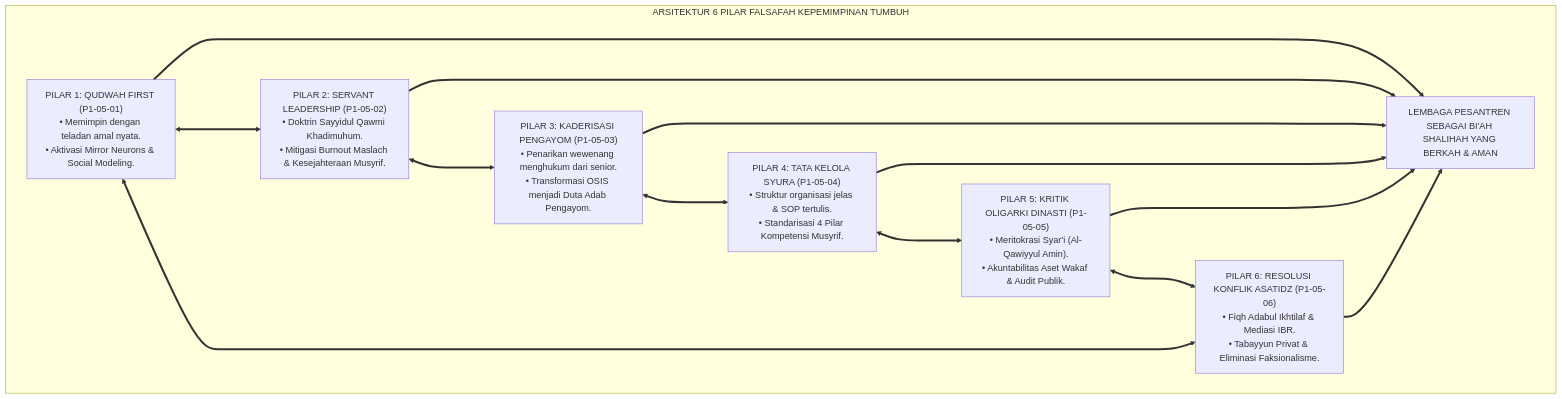
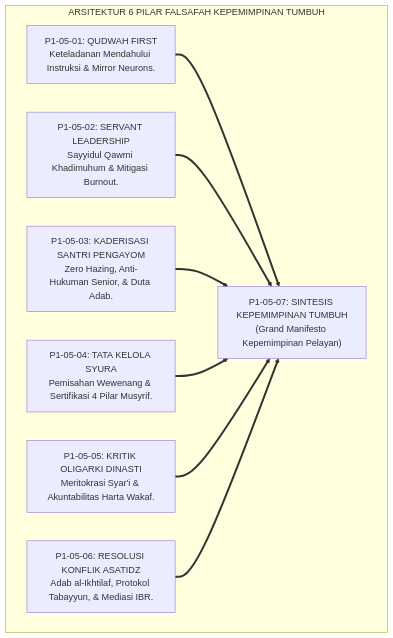
The first of 4 diagrams in 01 Philosophy/05 Leadership/P1-05-07-Sintesis-Leadership-TUMBUH.md (wandiapriliyandi/tumbuh), drawn with Mermaid before and after one commit. The commit also changed other lines of this file and 7 other files, not shown here.

````diff
--- a/01 Philosophy/05 Leadership/P1-05-07-Sintesis-Leadership-TUMBUH.md
+++ b/01 Philosophy/05 Leadership/P1-05-07-Sintesis-Leadership-TUMBUH.md
@@ -54,27 +55,15 @@
 ```mermaid
 flowchart TD
-    subgraph ArsitekturKepemimpinanTUMBUH["ARSITEKTUR 6 PILAR FALSAFAH KEPEMIMPINAN TUMBUH"]
-        P1["PILAR 1: QUDWAH FIRST (P1-05-01)<br/>• Memimpin dengan teladan amal nyata.<br/>• Aktivasi Mirror Neurons & Social Modeling."]
+    subgraph ArsitekturSintesisLeadership["ARSITEKTUR 6 PILAR FALSAFAH KEPEMIMPINAN TUMBUH"]
+        P1["P1-05-01: QUDWAH FIRST<br/>Keteladanan Mendahului Instruksi & Mirror Neurons."]
+        P2["P1-05-02: SERVANT LEADERSHIP<br/>Sayyidul Qawmi Khadimuhum & Mitigasi Burnout."]
+        P3["P1-05-03: KADERISASI SANTRI PENGAYOM<br/>Zero Hazing, Anti-Hukuman Senior, & Duta Adab."]
+        P4["P1-05-04: TATA KELOLA SYURA<br/>Pemisahan Wewenang & Sertifikasi 4 Pilar Musyrif."]
+        P5["P1-05-05: KRITIK OLIGARKI DINASTI<br/>Meritokrasi Syar'i & Akuntabilitas Harta Wakaf."]
+        P6["P1-05-06: RESOLUSI KONFLIK ASATIDZ<br/>Adab al-Ikhtilaf, Protokol Tabayyun, & Mediasi IBR."]
         
-        P2["PILAR 2: SERVANT LEADERSHIP (P1-05-02)<br/>• Doktrin Sayyidul Qawmi Khadimuhum.<br/>• Mitigasi Burnout Maslach & Kesejahteraan Musyrif."]
+        SintesisIndukLead["P1-05-07: SINTESIS KEPEMIMPINAN TUMBUH<br/>(Grand Manifesto Kepemimpinan Pelayan)"]
         
-        P3["PILAR 3: KADERISASI PENGAYOM (P1-05-03)<br/>• Penarikan wewenang menghukum dari senior.<br/>• Transformasi OSIS menjadi Duta Adab Pengayom."]
-        
-        P4["PILAR 4: TATA KELOLA SYURA (P1-05-04)<br/>• Struktur organisasi jelas & SOP tertulis.<br/>• Standarisasi 4 Pilar Kompetensi Musyrif."]
-        
-        P5["PILAR 5: KRITIK OLIGARKI DINASTI (P1-05-05)<br/>• Meritokrasi Syar'i (Al-Qawiyyul Amin).<br/>• Akuntabilitas Aset Wakaf & Audit Publik."]
-        
-        P6["PILAR 6: RESOLUSI KONFLIK ASATIDZ (P1-05-06)<br/>• Fiqh Adabul Ikhtilaf & Mediasi IBR.<br/>• Tabayyun Privat & Eliminasi Faksionalisme."]
-        
-        P1 <===> P2
-        P2 <===> P3
-        P3 <===> P4
-        P4 <===> P5
-        P5 <===> P6
-        P6 <===> P1
-        
-        Pusat["LEMBAGA PESANTREN SEBAGAI BI'AH SHALIHAH YANG BERKAH & AMAN"]
-        
-        P1 & P2 & P3 & P4 & P5 & P6 ==> Pusat
+        P1 & P2 & P3 & P4 & P5 & P6 ==> SintesisIndukLead
     end
 ```
````
